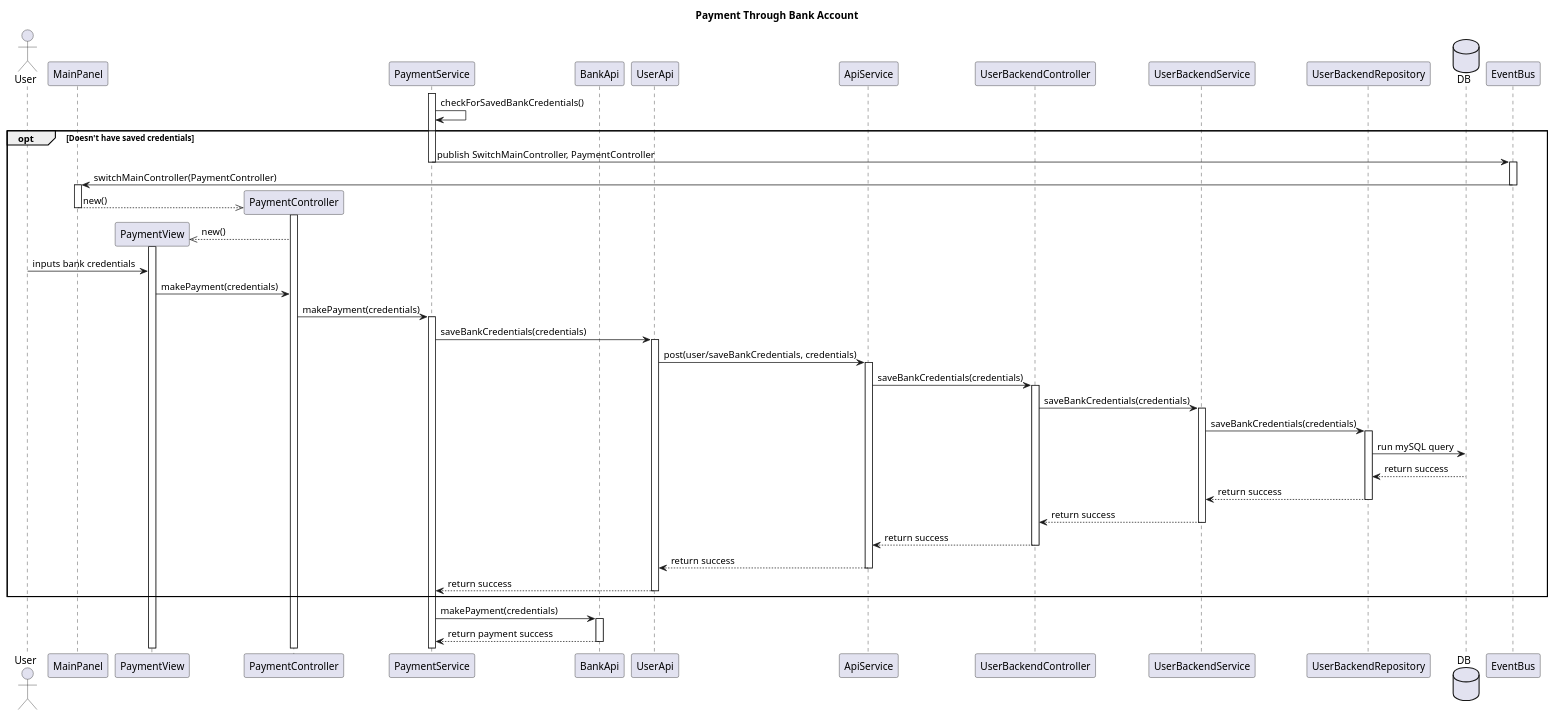
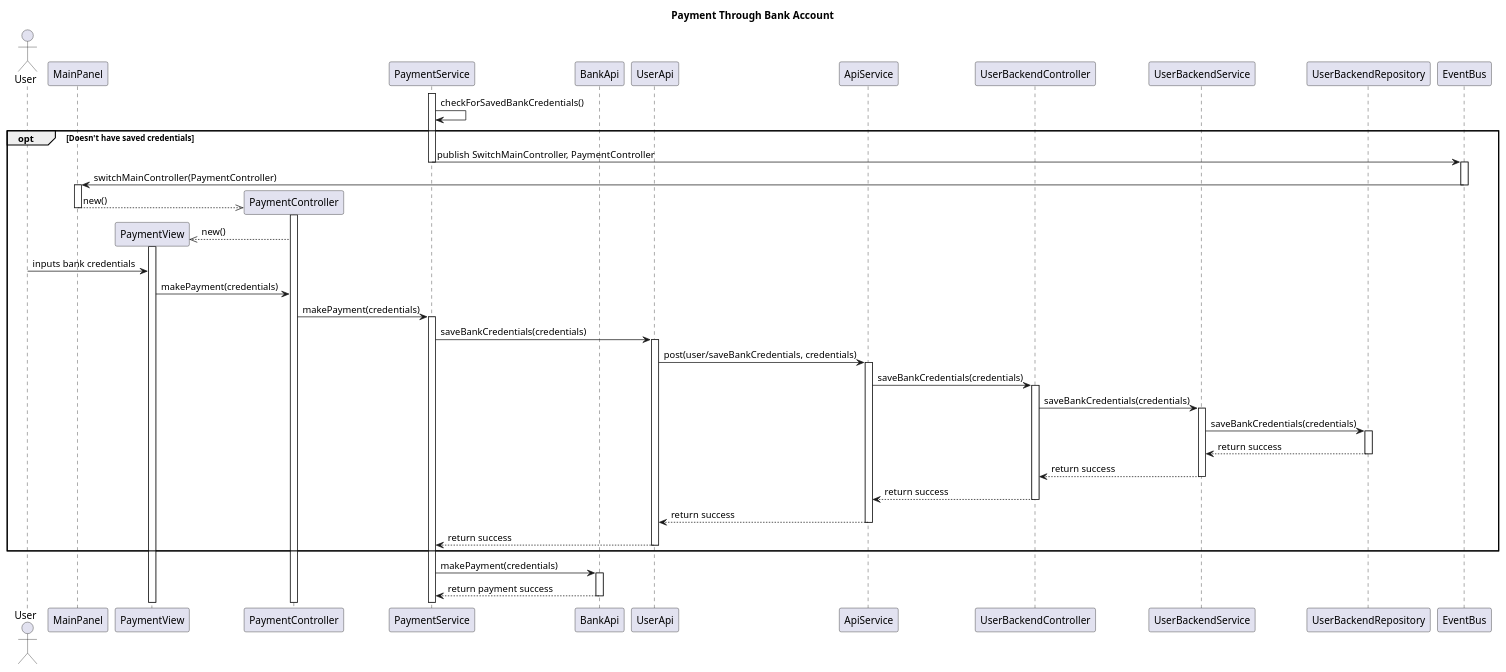
Before and after one commit to RubenKingCP/Tunix: the diagram in Paradoteo_4/SequenceDiagrams-v0.3/PayThroughBankAccount.puml, drawn with PlantUML. The commit also changed 39 other files, not shown here.

Commit message:
Updates to Sequence Diagrams-v0.3

```diff
--- a/Paradoteo_4/SequenceDiagrams-v0.3/PayThroughBankAccount.puml
+++ b/Paradoteo_4/SequenceDiagrams-v0.3/PayThroughBankAccount.puml
@@ -1,73 +1,70 @@
 @startuml PaymentThroughBankAccount
 
 title Payment Through Bank Account 
 
 actor User
 
 participant MainPanel
 participant PaymentView
 participant PaymentController
 participant PaymentService
 participant BankApi
 participant UserApi
 participant ApiService
 participant UserBackendController
 participant UserBackendService
 participant UserBackendRepository
 
-database DB
 
 participant EventBus
 
 activate PaymentService
 PaymentService -> PaymentService : checkForSavedBankCredentials()
 'Checks cache from the current session
 opt Doesn't have saved credentials
 PaymentService -> EventBus : publish SwitchMainController, PaymentController
 deactivate PaymentService
 activate EventBus
 EventBus -> MainPanel : switchMainController(PaymentController)
 deactivate EventBus
 activate MainPanel
 create PaymentController
 MainPanel -->> PaymentController : new()
 deactivate MainPanel
 activate PaymentController
 create PaymentView
 PaymentController -->> PaymentView : new()
 activate PaymentView
 User -> PaymentView : inputs bank credentials
 PaymentView -> PaymentController : makePayment(credentials)
 PaymentController -> PaymentService : makePayment(credentials)
 activate PaymentService
 
 PaymentService -> UserApi : saveBankCredentials(credentials)
 activate UserApi
 UserApi -> ApiService : post(user/saveBankCredentials, credentials)
 activate ApiService
 ApiService -> UserBackendController : saveBankCredentials(credentials)
 activate UserBackendController
 UserBackendController -> UserBackendService : saveBankCredentials(credentials)
 activate UserBackendService
 UserBackendService -> UserBackendRepository : saveBankCredentials(credentials)
 activate UserBackendRepository
-UserBackendRepository -> DB : run mySQL query
-DB --> UserBackendRepository : return success
 UserBackendRepository --> UserBackendService : return success
 deactivate UserBackendRepository
 UserBackendService --> UserBackendController : return success
 deactivate UserBackendService
 UserBackendController --> ApiService : return success
 deactivate UserBackendController
 ApiService --> UserApi : return success
 deactivate ApiService
 UserApi --> PaymentService : return success
 deactivate UserApi
 end
 PaymentService -> BankApi : makePayment(credentials)
 activate BankApi
 'we are treating the bank api as a black box
 BankApi --> PaymentService : return payment success
 deactivate BankApi
 
 @enduml
```
